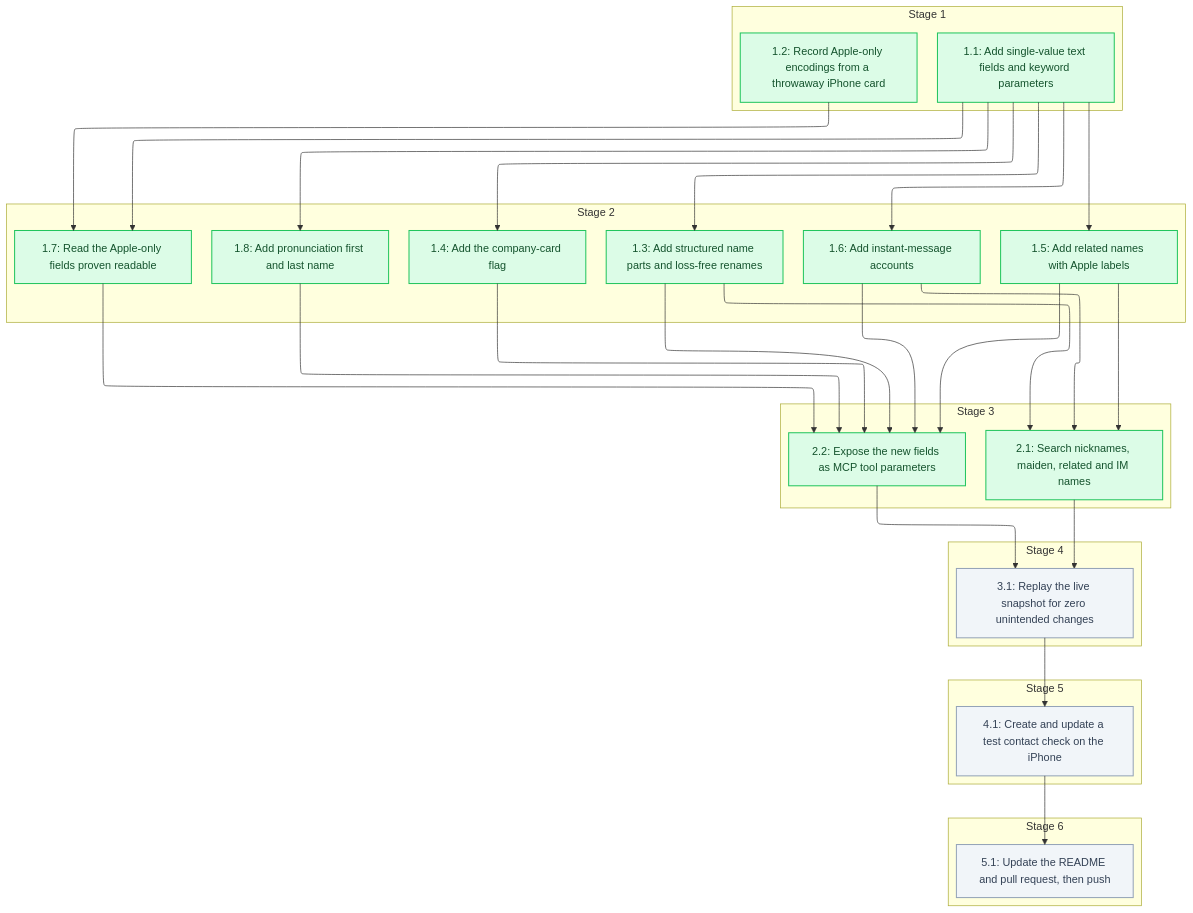
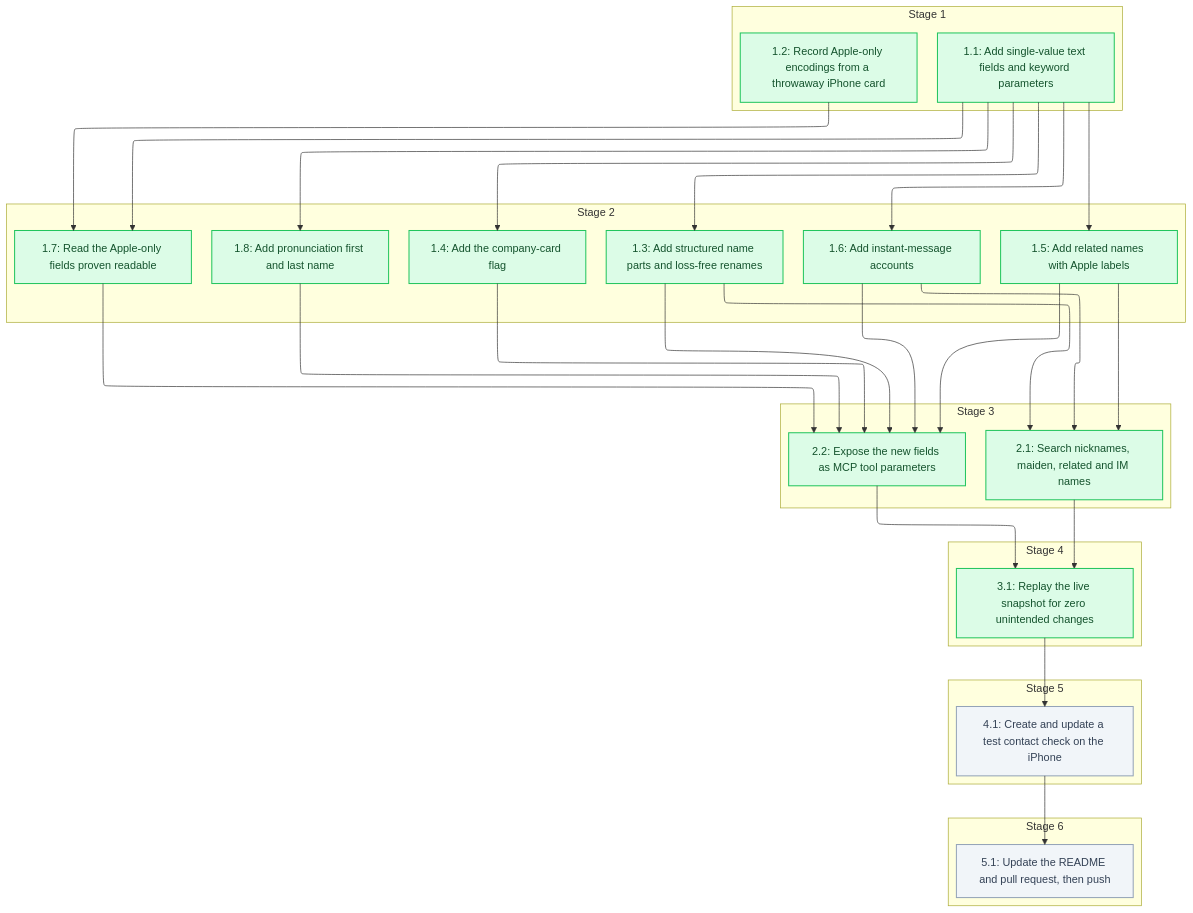
The diagram in .specs/contact-fields-completion/04_tasks.md (sohampatwardhan/icloud-mcp), drawn with Mermaid before and after one commit. The commit also changed other lines of this file and 7 other files, not shown here.

````diff
--- a/.specs/contact-fields-completion/04_tasks.md
+++ b/.specs/contact-fields-completion/04_tasks.md
@@ -9,64 +9,64 @@
 ```mermaid
 %%{init: {'flowchart': {'defaultRenderer': 'elk'}}}%%
 flowchart TD
   classDef done fill:#dcfce7,stroke:#22c55e,stroke-width:1.5px,color:#14532d
   classDef pending fill:#f1f5f9,stroke:#94a3b8,stroke-width:1.5px,color:#334155
   subgraph n_stage_1["Stage 1"]
     n_1_1@{ shape: rect, label: "1.1: Add single-value text fields and keyword parameters" }
     n_1_2@{ shape: rect, label: "1.2: Record Apple-only encodings from a throwaway iPhone card" }
   end
   subgraph n_stage_2["Stage 2"]
     n_1_3@{ shape: rect, label: "1.3: Add structured name parts and loss-free renames" }
     n_1_4@{ shape: rect, label: "1.4: Add the company-card flag" }
     n_1_5@{ shape: rect, label: "1.5: Add related names with Apple labels" }
     n_1_6@{ shape: rect, label: "1.6: Add instant-message accounts" }
     n_1_7@{ shape: rect, label: "1.7: Read the Apple-only fields proven readable" }
     n_1_8@{ shape: rect, label: "1.8: Add pronunciation first and last name" }
   end
   subgraph n_stage_3["Stage 3"]
     n_2_1@{ shape: rect, label: "2.1: Search nicknames, maiden, related and IM names" }
     n_2_2@{ shape: rect, label: "2.2: Expose the new fields as MCP tool parameters" }
   end
   subgraph n_stage_4["Stage 4"]
     n_3_1@{ shape: rect, label: "3.1: Replay the live snapshot for zero unintended changes" }
   end
   subgraph n_stage_5["Stage 5"]
     n_4_1@{ shape: rect, label: "4.1: Create and update a test contact check on the iPhone" }
   end
   subgraph n_stage_6["Stage 6"]
     n_5_1@{ shape: rect, label: "5.1: Update the README and pull request, then push" }
   end
   n_1_1 --> n_1_3
   n_1_1 --> n_1_4
   n_1_1 --> n_1_5
   n_1_1 --> n_1_6
   n_1_1 --> n_1_7
   n_1_2 --> n_1_7
   n_1_1 --> n_1_8
   n_1_3 --> n_2_1
   n_1_5 --> n_2_1
   n_1_6 --> n_2_1
   n_1_3 --> n_2_2
   n_1_4 --> n_2_2
   n_1_5 --> n_2_2
   n_1_6 --> n_2_2
   n_1_7 --> n_2_2
   n_1_8 --> n_2_2
   n_2_1 --> n_3_1
   n_2_2 --> n_3_1
   n_3_1 --> n_4_1
   n_4_1 --> n_5_1
   class n_1_1 done
   class n_1_2 done
   class n_1_3 done
   class n_1_4 done
   class n_1_5 done
   class n_1_6 done
   class n_1_7 done
   class n_1_8 done
   class n_2_1 done
   class n_2_2 done
-  class n_3_1 pending
+  class n_3_1 done
   class n_4_1 pending
   class n_5_1 pending
 ```
````
